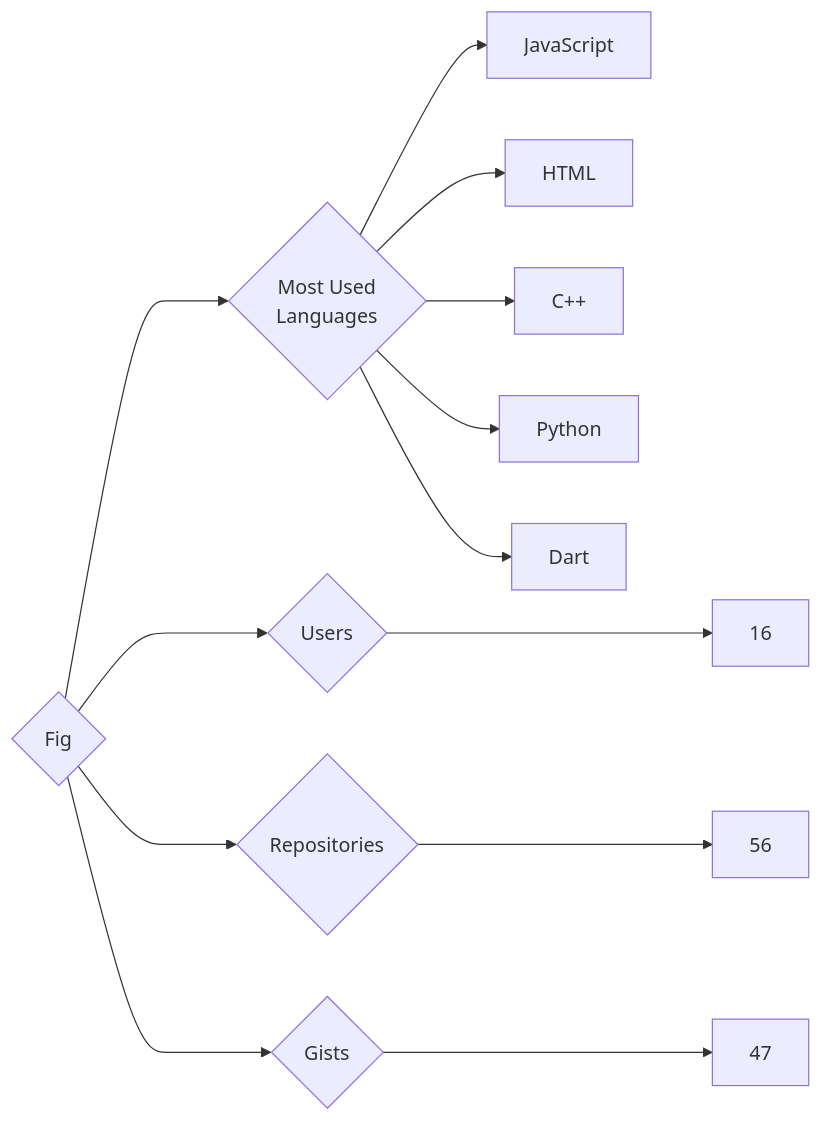
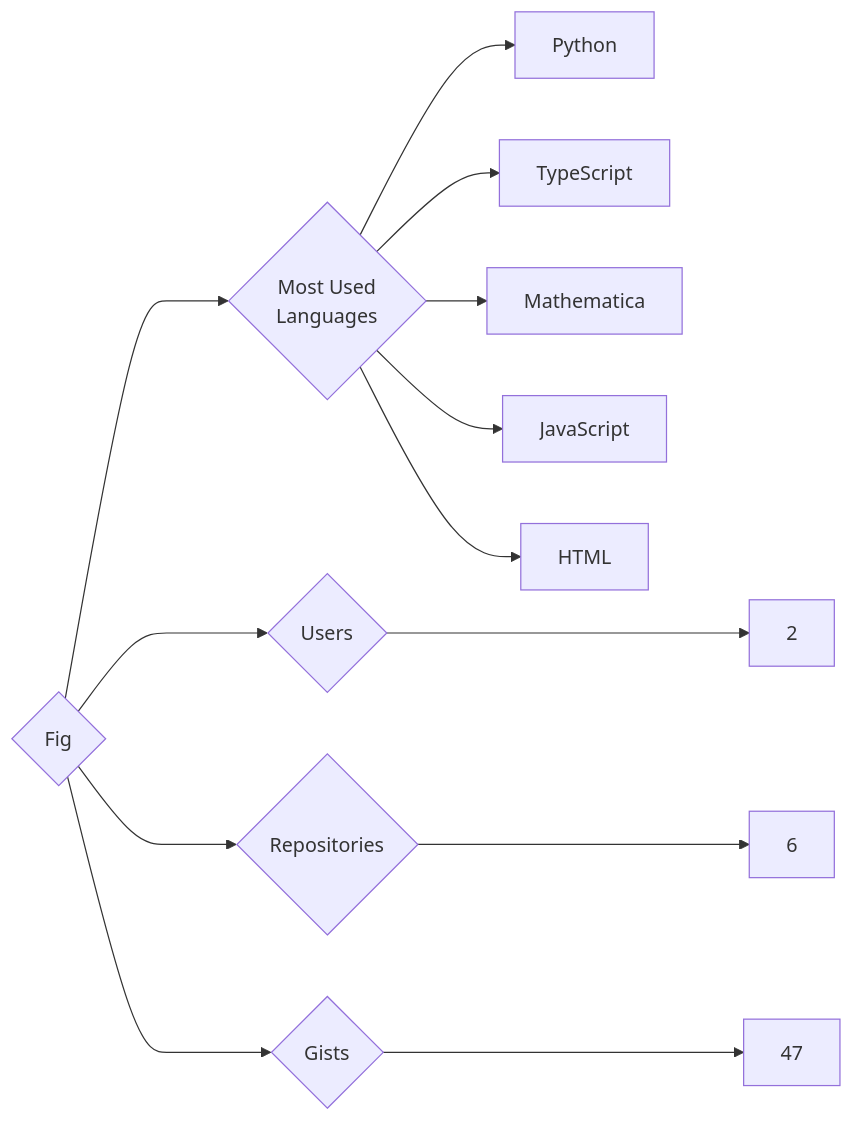
One commit to trickest/insiders changed the diagram in targets/Fig/README.md. Above: the diagram before and after it, drawn with Mermaid. The commit also changed 679 other files, not shown here.

````diff
--- a/targets/Fig/README.md
+++ b/targets/Fig/README.md
@@ -3,13 +3,13 @@
 ```mermaid
 graph LR
 COMPANY_NAME{Fig}
-COMPANY_NAME ---> U{Users} ---> UN[16]
-COMPANY_NAME ---> R{Repositories} ---> RN[56]
+COMPANY_NAME ---> U{Users} ---> UN[2]
+COMPANY_NAME ---> R{Repositories} ---> RN[6]
 COMPANY_NAME ---> G{Gists} ---> GN[47]
 COMPANY_NAME ---> ML{Most Used<br>Languages}
+ML --> Python[Python]
+ML --> TypeScript[TypeScript]
+ML --> Mathematica[Mathematica]
 ML --> JavaScript[JavaScript]
 ML --> HTML[HTML]
-ML --> C++[C++]
-ML --> Python[Python]
-ML --> Dart[Dart]
 ```
````
